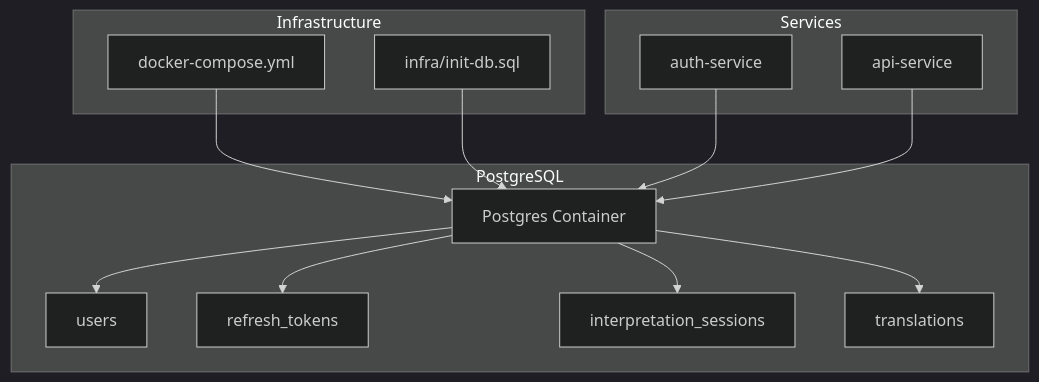
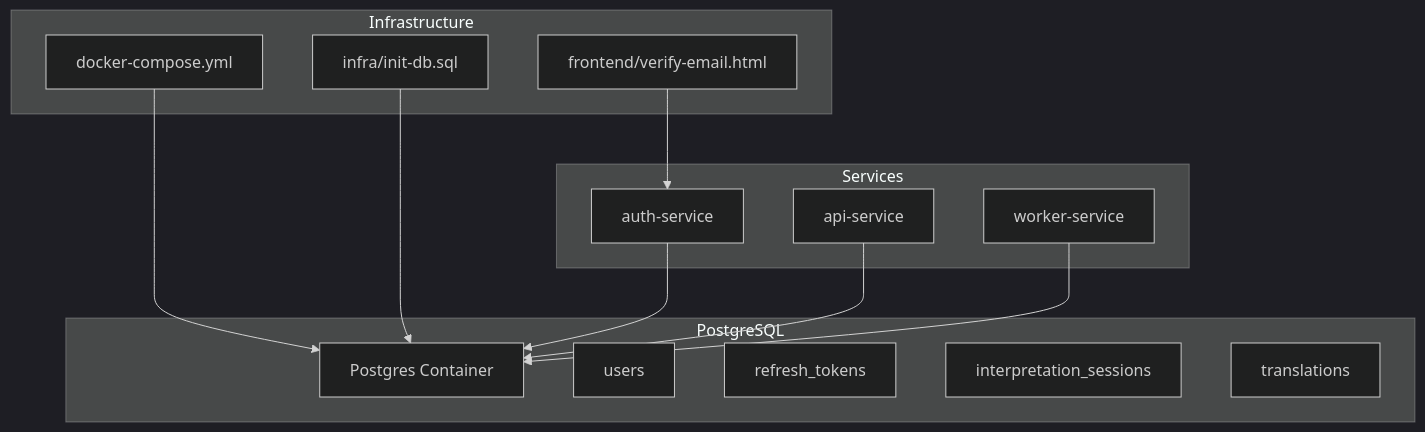
Before and after one commit to ikramhh/signvue-project: the first of 7 diagrams in .qoder/repowiki/en/content/Database Design.md, drawn with Mermaid (dark theme). The commit also changed other lines of this file and 4 other files, not shown here.

````diff
--- a/.qoder/repowiki/en/content/Database Design.md
+++ b/.qoder/repowiki/en/content/Database Design.md
@@ -35,26 +46,26 @@
 ```mermaid
 graph TB
 subgraph "Infrastructure"
 DC["docker-compose.yml"]
 InitSQL["infra/init-db.sql"]
+VerifyHTML["frontend/verify-email.html"]
 end
 subgraph "PostgreSQL"
 PG["Postgres Container"]
 Users["users"]
 RefreshTokens["refresh_tokens"]
 Sessions["interpretation_sessions"]
 Translations["translations"]
 end
 subgraph "Services"
 AuthSvc["auth-service"]
 ApiSvc["api-service"]
+WorkerSvc["worker-service"]
 end
 DC --> PG
 InitSQL --> PG
 AuthSvc --> PG
 ApiSvc --> PG
-PG --> Users
-PG --> RefreshTokens
-PG --> Sessions
-PG --> Translations
+WorkerSvc --> PG
+VerifyHTML --> AuthSvc
 ```
````
